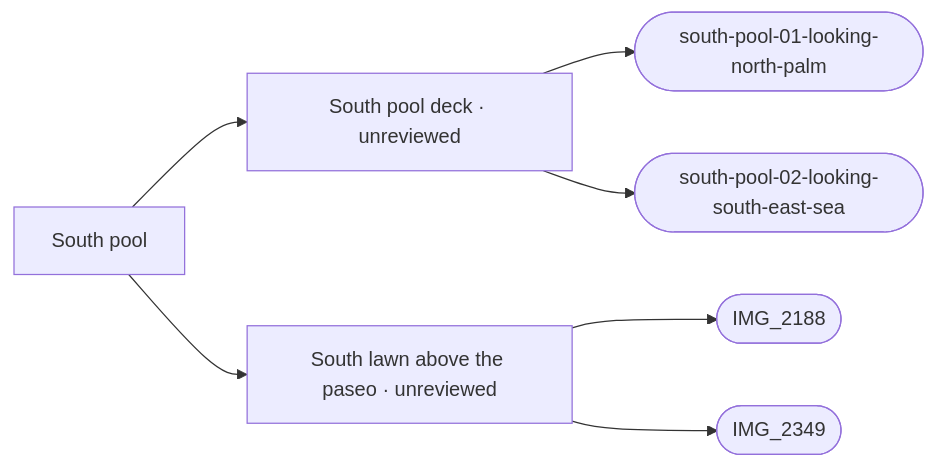
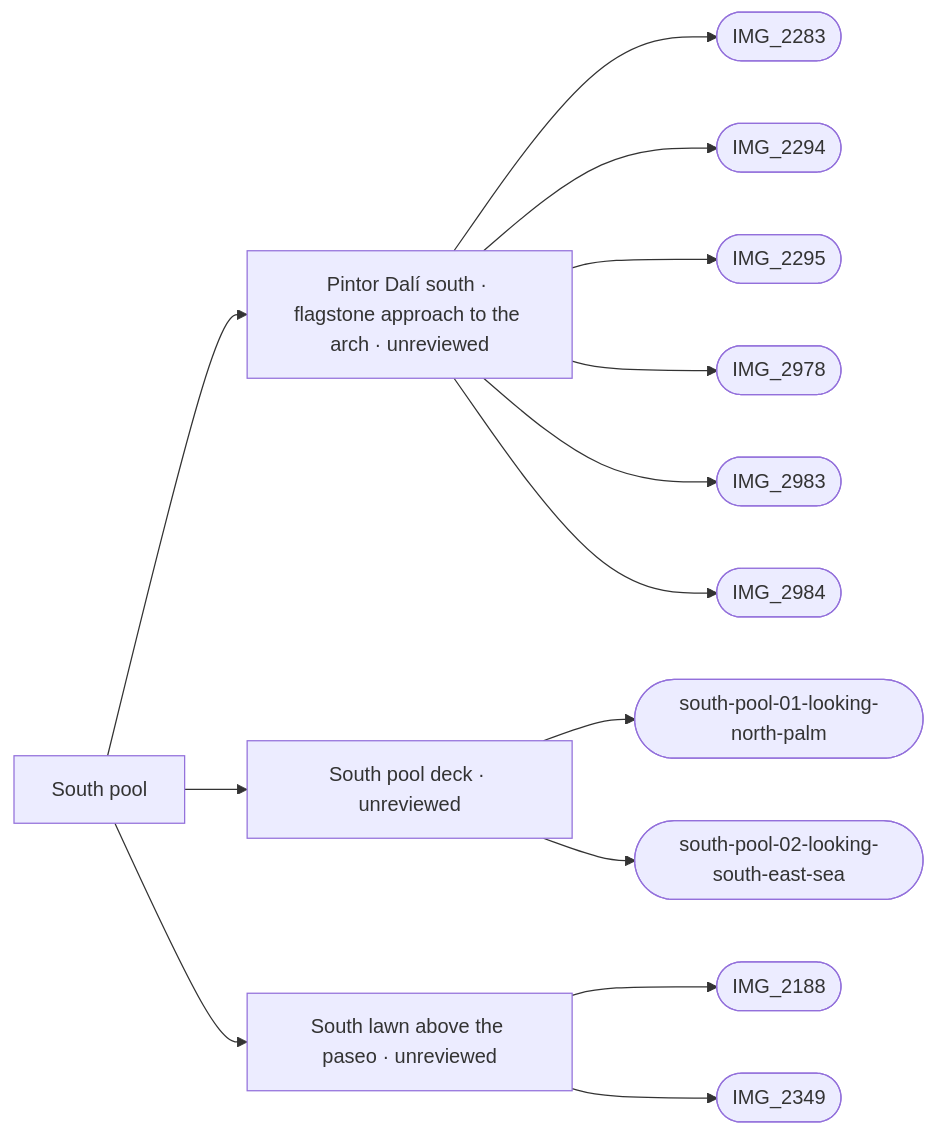
Before and after one commit to daveyboyc/villacana-venture: the diagram in refs/areas/south-pool.md, drawn with Mermaid. The commit also changed other lines of this file and 19 other files, not shown here.

First line of the commit message:
South Dalí arch: regenerated references, confidence and contact sheets

````diff
--- a/refs/areas/south-pool.md
+++ b/refs/areas/south-pool.md
@@ -46,10 +46,17 @@
 ```mermaid
 graph LR
   A["South pool"]
-  A --> F0["South pool deck · unreviewed"]
-  F0 --> Pref_web_south_pool_01_looking_north_palm_jpg(["south-pool-01-looking-north-palm"])
-  F0 --> Pref_web_south_pool_02_looking_south_east_sea_jpg(["south-pool-02-looking-south-east-sea"])
-  A --> F1["South lawn above the paseo · unreviewed"]
-  F1 --> PIMG_2188_jpg(["IMG_2188"])
-  F1 --> PIMG_2349_jpg(["IMG_2349"])
+  A --> F0["Pintor Dalí south · flagstone approach to the arch · unreviewed"]
+  F0 --> PIMG_2283_jpg(["IMG_2283"])
+  F0 --> PIMG_2294_jpg(["IMG_2294"])
+  F0 --> PIMG_2295_jpg(["IMG_2295"])
+  F0 --> PIMG_2978_jpg(["IMG_2978"])
+  F0 --> PIMG_2983_jpg(["IMG_2983"])
+  F0 --> PIMG_2984_jpg(["IMG_2984"])
+  A --> F1["South pool deck · unreviewed"]
+  F1 --> Pref_web_south_pool_01_looking_north_palm_jpg(["south-pool-01-looking-north-palm"])
+  F1 --> Pref_web_south_pool_02_looking_south_east_sea_jpg(["south-pool-02-looking-south-east-sea"])
+  A --> F2["South lawn above the paseo · unreviewed"]
+  F2 --> PIMG_2188_jpg(["IMG_2188"])
+  F2 --> PIMG_2349_jpg(["IMG_2349"])
 ```
````
